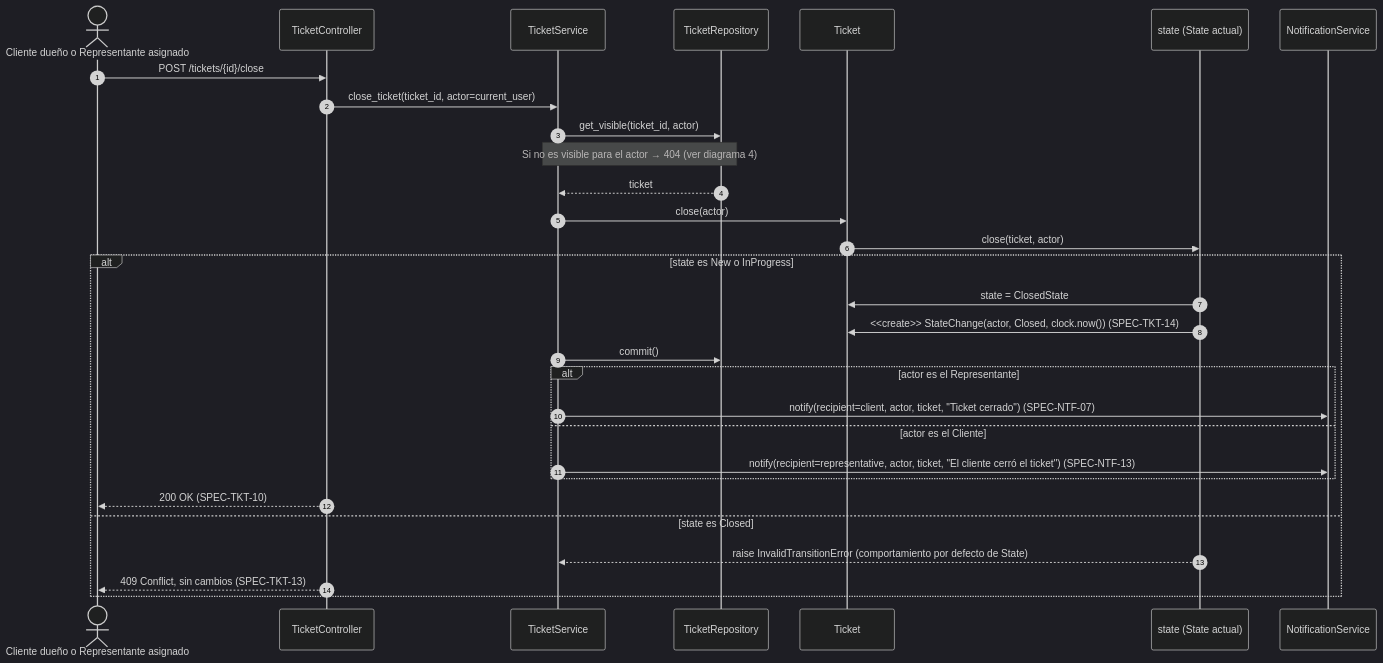
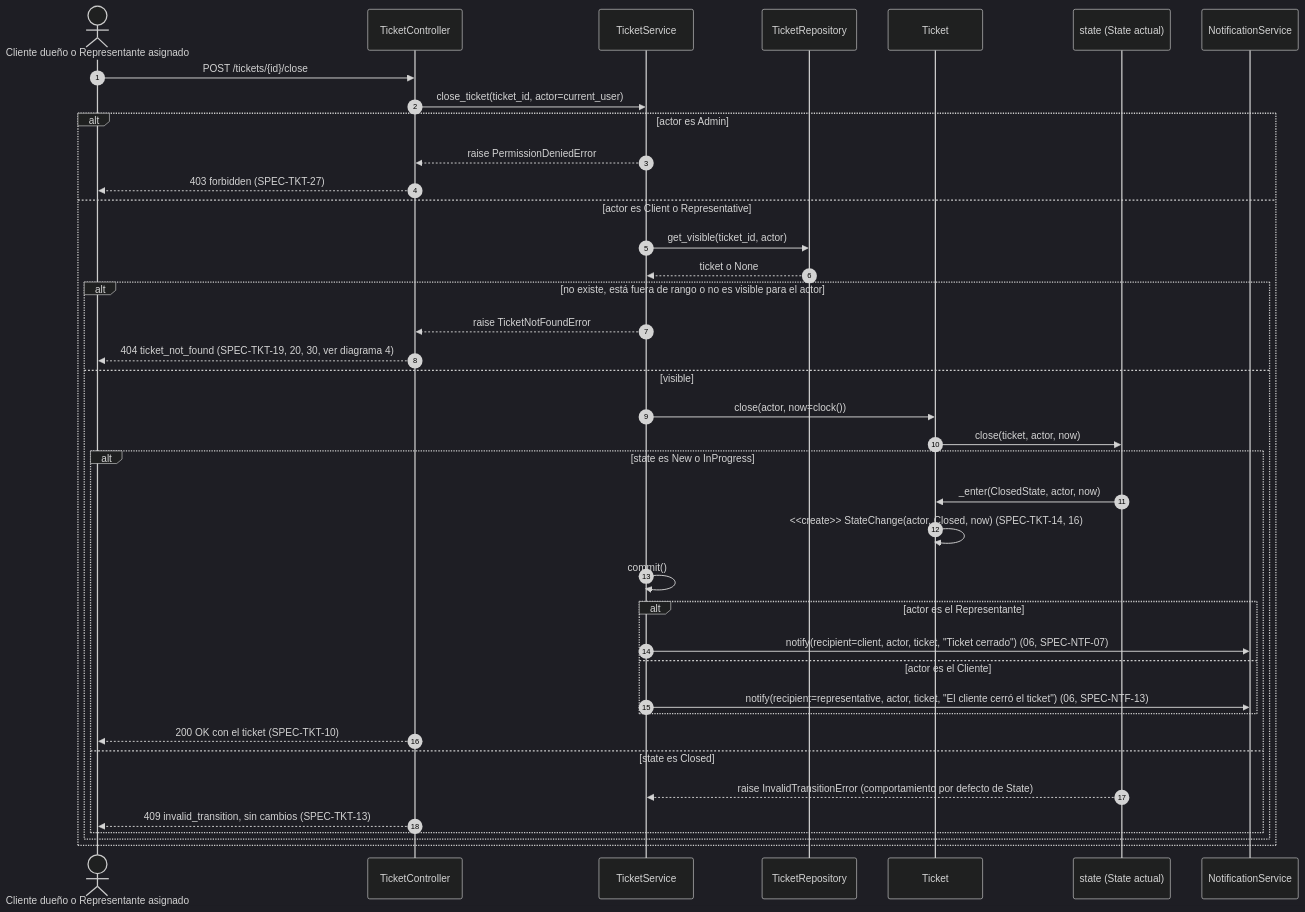
The second of 5 diagrams in diagrams/sequences/04-tickets.md (Diazfe-dev/AyED-III-python-ticket-service), drawn with Mermaid (dark theme) before and after one commit. The commit also changed other lines of this file and 5 other files, not shown here.

Commit message:
test(ticket): add permission matrix, cross-area deactivation case; docs(diagrams): sync ticket diagrams with the code

````diff
--- a/diagrams/sequences/04-tickets.md
+++ b/diagrams/sequences/04-tickets.md
@@ -56,33 +70,42 @@
 ```mermaid
 sequenceDiagram
     autonumber
     actor U as Cliente dueño o Representante asignado
     participant TC as TicketController
     participant TS as TicketService
     participant TR as TicketRepository
     participant T as Ticket
     participant S as state (State actual)
     participant NS as NotificationService
 
     U->>TC: POST /tickets/{id}/close
     TC->>TS: close_ticket(ticket_id, actor=current_user)
-    TS->>TR: get_visible(ticket_id, actor)
-    Note over TS,TR: Si no es visible para el actor → 404 (ver diagrama 4)
-    TR-->>TS: ticket
-    TS->>T: close(actor)
-    T->>S: close(ticket, actor)
-    alt state es New o InProgress
-        S->>T: state = ClosedState
-        S->>T: <<create>> StateChange(actor, Closed, clock.now()) (SPEC-TKT-14)
-        TS->>TR: commit()
-        alt actor es el Representante
-            TS->>NS: notify(recipient=client, actor, ticket, "Ticket cerrado") (SPEC-NTF-07)
-        else actor es el Cliente
-            TS->>NS: notify(recipient=representative, actor, ticket, "El cliente cerró el ticket") (SPEC-NTF-13)
+    alt actor es Admin
+        TS-->>TC: raise PermissionDeniedError
+        TC-->>U: 403 forbidden (SPEC-TKT-27)
+    else actor es Client o Representative
+        TS->>TR: get_visible(ticket_id, actor)
+        TR-->>TS: ticket o None
+        alt no existe, está fuera de rango o no es visible para el actor
+            TS-->>TC: raise TicketNotFoundError
+            TC-->>U: 404 ticket_not_found (SPEC-TKT-19, 20, 30, ver diagrama 4)
+        else visible
+            TS->>T: close(actor, now=clock())
+            T->>S: close(ticket, actor, now)
+            alt state es New o InProgress
+                S->>T: _enter(ClosedState, actor, now)
+                T->>T: <<create>> StateChange(actor, Closed, now) (SPEC-TKT-14, 16)
+                TS->>TS: commit()
+                alt actor es el Representante
+                    TS->>NS: notify(recipient=client, actor, ticket, "Ticket cerrado") (06, SPEC-NTF-07)
+                else actor es el Cliente
+                    TS->>NS: notify(recipient=representative, actor, ticket, "El cliente cerró el ticket") (06, SPEC-NTF-13)
+                end
+                TC-->>U: 200 OK con el ticket (SPEC-TKT-10)
+            else state es Closed
+                S-->>TS: raise InvalidTransitionError (comportamiento por defecto de State)
+                TC-->>U: 409 invalid_transition, sin cambios (SPEC-TKT-13)
+            end
         end
-        TC-->>U: 200 OK (SPEC-TKT-10)
-    else state es Closed
-        S-->>TS: raise InvalidTransitionError (comportamiento por defecto de State)
-        TC-->>U: 409 Conflict, sin cambios (SPEC-TKT-13)
     end
 ```
````
